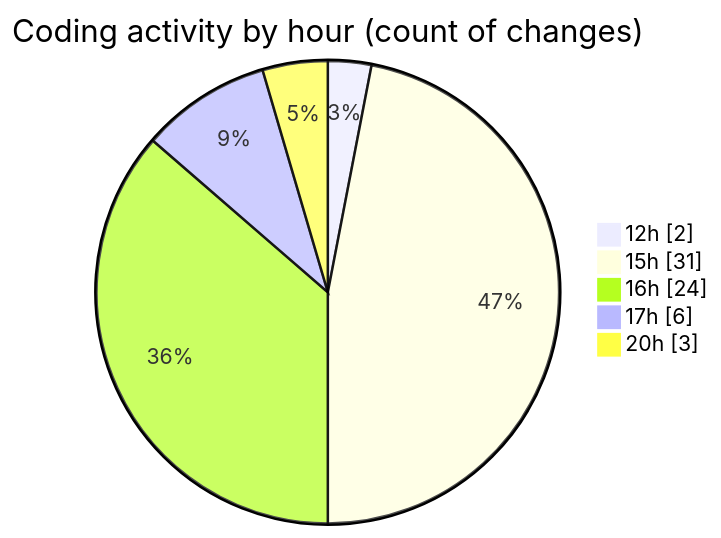
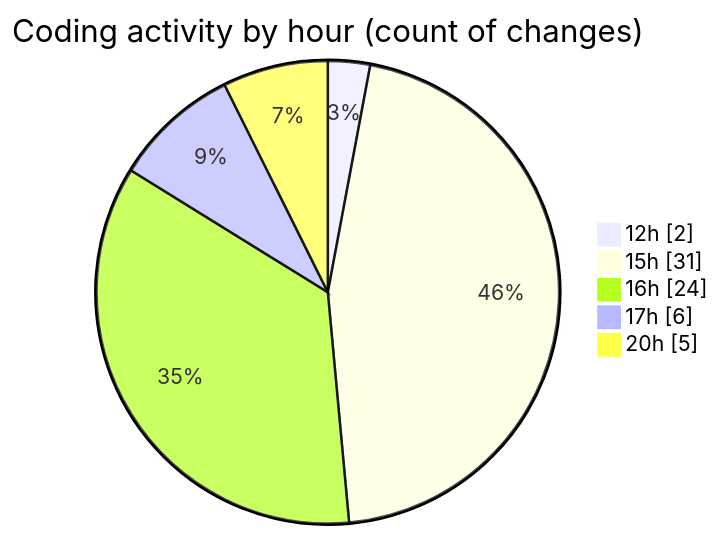
One commit to momahboobian/code-tracking changed the second of 2 diagrams in 2025-02-26/cda/README.md. Above: the diagram before and after it, drawn with Mermaid. The commit also changed other lines of this file and 1 other file, not shown here.

````diff
--- a/2025-02-26/cda/README.md
+++ b/2025-02-26/cda/README.md
@@ -42,9 +42,9 @@
 ```mermaid
 pie showData
 title Coding activity by hour (count of changes)
 "12h" : 2
 "15h" : 31
 "16h" : 24
 "17h" : 6
-"20h" : 3
+"20h" : 5
 ```
````
